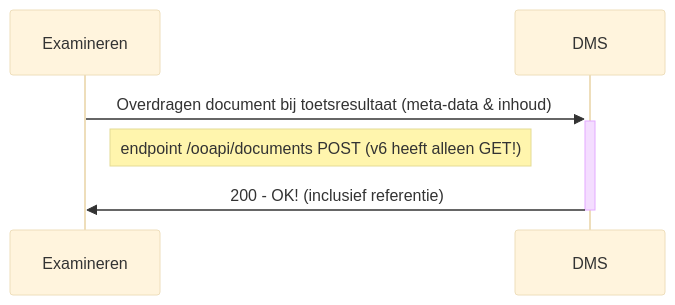
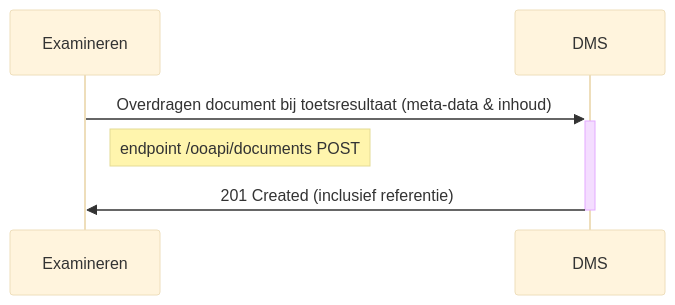
The first of 2 diagrams in doc/flow-2.md (Onderwijs-Koppelingen-OKx/OKD-Document-Management), drawn with Mermaid (base theme) before and after one commit. The commit also changed other lines of this file, not shown here.

````diff
--- a/doc/flow-2.md
+++ b/doc/flow-2.md
@@ -6,11 +6,11 @@
 ```mermaid
 sequenceDiagram
     Participant Examineren
     Participant DMS
 
     Examineren->>+DMS: Overdragen document bij toetsresultaat (meta-data & inhoud)
-    Note right of Examineren: endpoint /ooapi/documents POST (v6 heeft alleen GET!)
-    DMS->>-Examineren: 200 - OK! (inclusief referentie)
+    Note right of Examineren: endpoint /ooapi/documents POST
+    DMS->>-Examineren: 201 Created (inclusief referentie)
 
 
 ```
````
